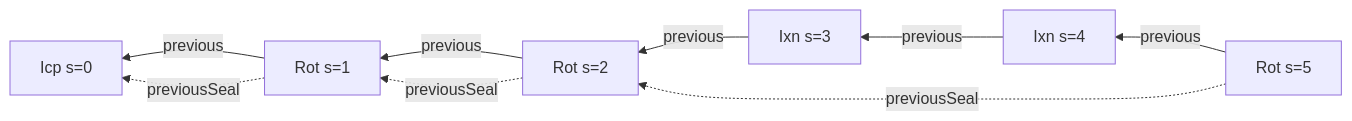
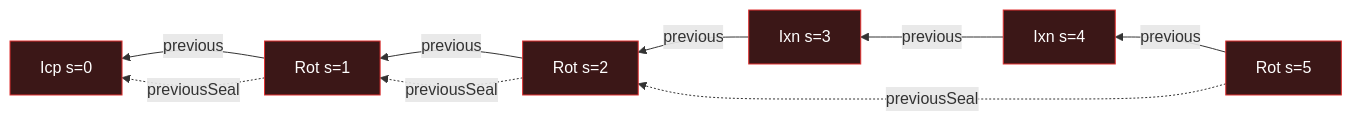
One commit to jasoncolburne/vdti changed the third of 4 diagrams in docs/design/primitives/data/event-logs/event-shape.md. Above: the diagram before and after it, drawn with Mermaid. The commit also changed other lines of this file and 13 other files, not shown here.

Commit message:
VDTI-10: Fix table, diagrams, other defects

````diff
--- a/docs/design/primitives/data/event-logs/event-shape.md
+++ b/docs/design/primitives/data/event-logs/event-shape.md
@@ -432,11 +463,12 @@
 ```mermaid
 flowchart RL
-  R5["Rot s=5"] -->|previous| X4["Ixn s=4"]
-  X4 -->|previous| X3["Ixn s=3"]
-  X3 -->|previous| R2["Rot s=2"]
-  R2 -->|previous| R1["Rot s=1"]
-  R1 -->|previous| I0["Icp s=0"]
+  R5["Rot s=5"]:::kel -->|previous| X4["Ixn s=4"]:::kel
+  X4 -->|previous| X3["Ixn s=3"]:::kel
+  X3 -->|previous| R2["Rot s=2"]:::kel
+  R2 -->|previous| R1["Rot s=1"]:::kel
+  R1 -->|previous| I0["Icp s=0"]:::kel
   R1 -.->|previousSeal| I0
   R2 -.->|previousSeal| R1
   R5 -.->|previousSeal| R2
+  classDef kel fill:#3b1717,stroke:#e03131,color:#fff
 ```
````
